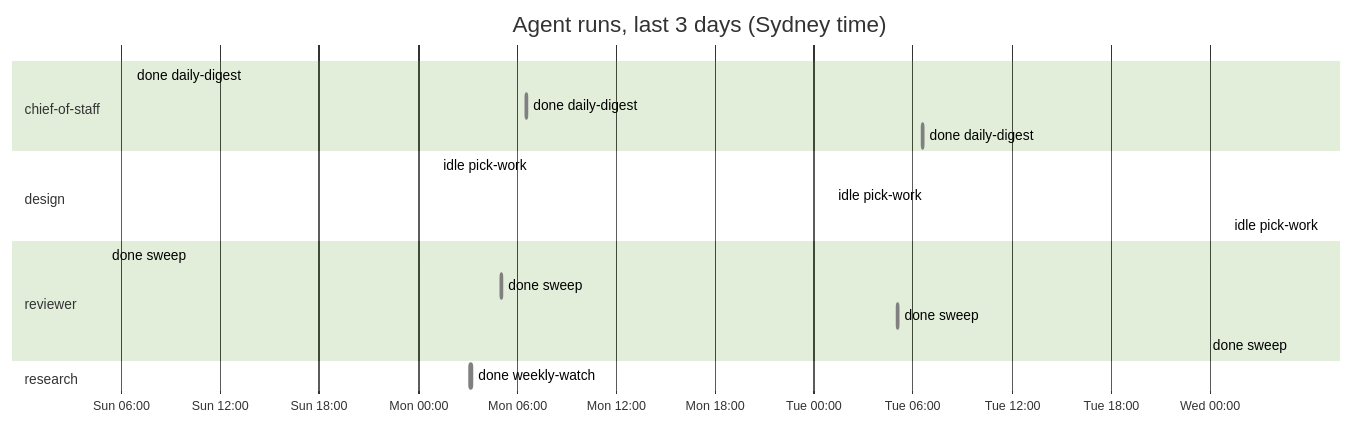
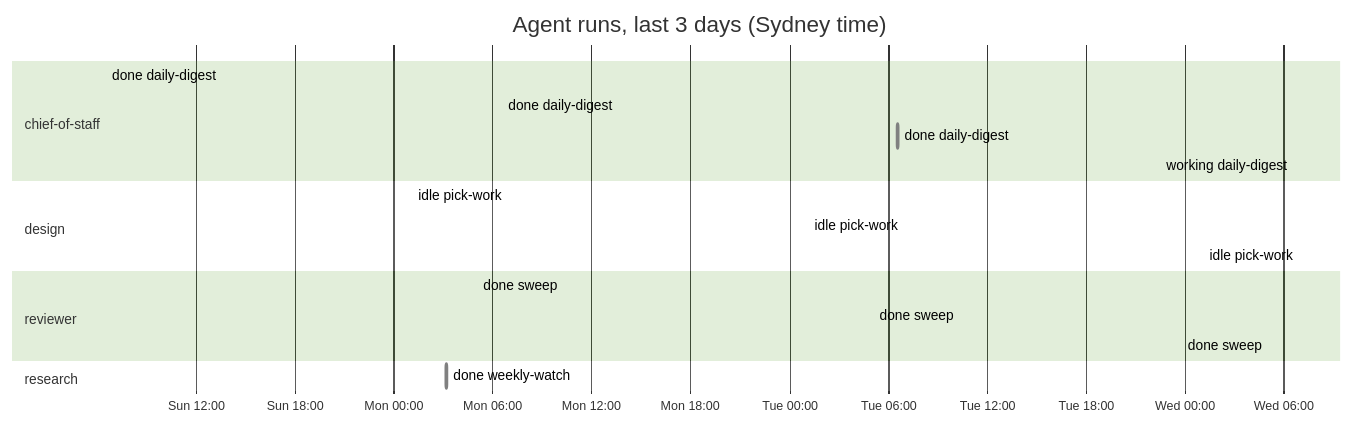
The diagram in dashboard.md (roulmediateam-byte/fifteen-expert-hq), drawn with Mermaid (forest theme) before and after one commit. The commit also changed other lines of this file and 1 other file, not shown here.

````diff
--- a/dashboard.md
+++ b/dashboard.md
@@ -52,21 +52,21 @@
 ```mermaid
 gantt
     title Agent runs, last 3 days (Sydney time)
     dateFormat YYYY-MM-DD HH:mm
     axisFormat %a %H:%M
     section chief-of-staff
     done daily-digest :done, 2026-11-22 06:34, 2026-11-22 06:36
     done daily-digest :done, 2026-11-23 06:35, 2026-11-23 06:36
     done daily-digest :done, 2026-11-24 06:35, 2026-11-24 06:37
+    working daily-digest :active, 2026-11-25 06:34, 2026-11-25 06:35
     section design
     idle pick-work :done, 2026-11-23 01:08, 2026-11-23 01:09
     idle pick-work :done, 2026-11-24 01:09, 2026-11-24 01:09
     idle pick-work :done, 2026-11-25 01:09, 2026-11-25 01:09
     section reviewer
-    done sweep :done, 2026-11-22 05:05, 2026-11-22 05:06
     done sweep :done, 2026-11-23 05:04, 2026-11-23 05:06
     done sweep :done, 2026-11-24 05:05, 2026-11-24 05:06
     done sweep :done, 2026-11-25 05:04, 2026-11-25 05:05
     section research
     done weekly-watch :done, 2026-11-23 03:10, 2026-11-23 03:17
 ```
````
